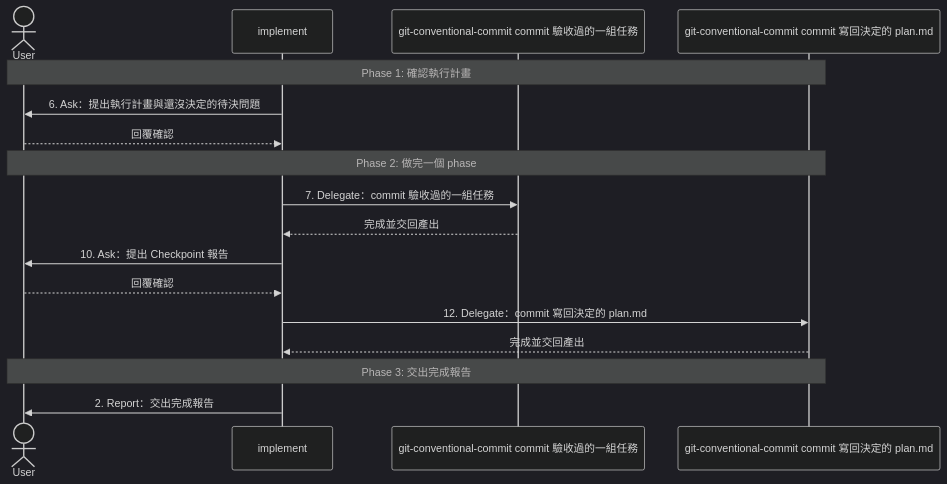
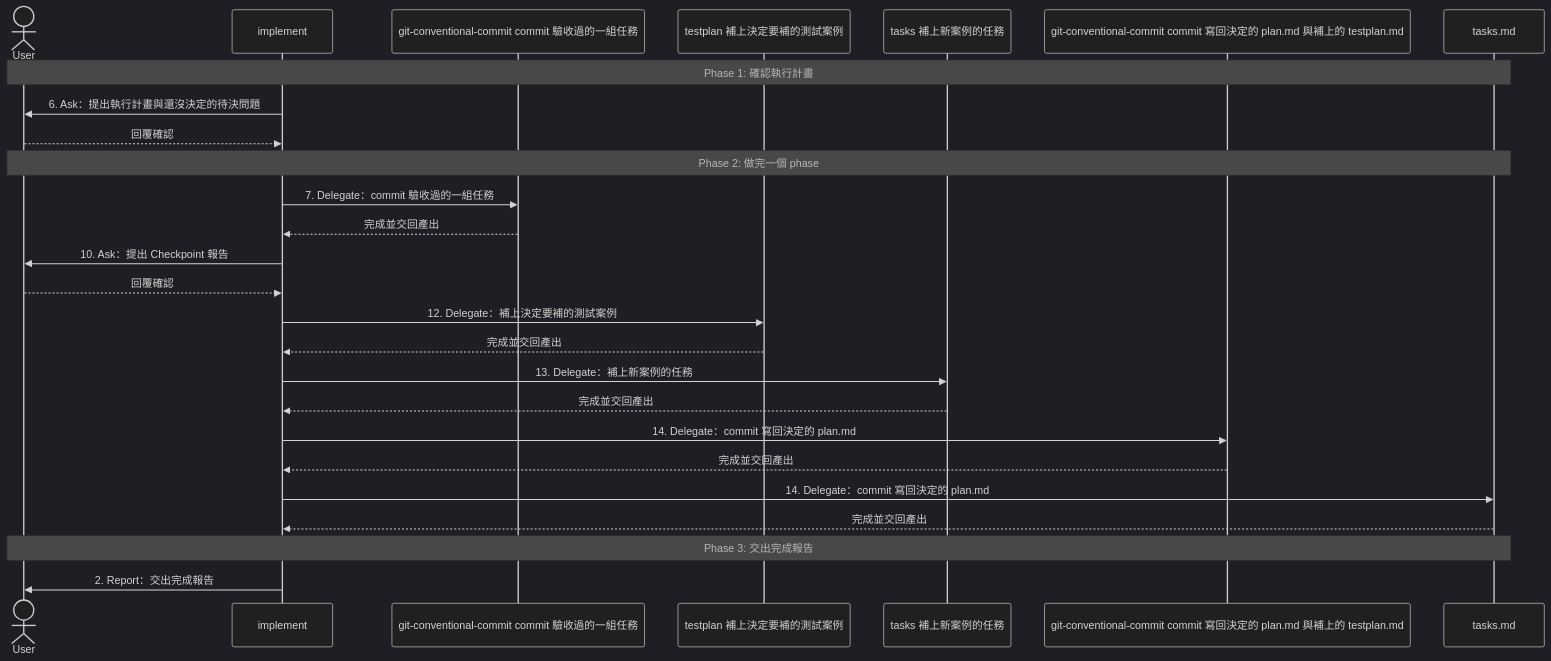
Before and after one commit to AI-x-BDD/BDGG-Dev-Skills: the second of 2 diagrams in .claude/skills/implement/SKILL.md, drawn with Mermaid (dark theme). The commit also changed other lines of this file and 5 other files, not shown here.

First line of the commit message:
feat(tasks,implement): implement 中途補案例時回到 testplan 與 tasks,既有編號不動

````diff
--- a/.claude/skills/implement/SKILL.md
+++ b/.claude/skills/implement/SKILL.md
@@ -118,19 +127,28 @@
 ```mermaid
 sequenceDiagram
     actor User
     participant Main as implement
     participant Sub_1 as git-conventional-commit commit 驗收過的一組任務
-    participant Sub_2 as git-conventional-commit commit 寫回決定的 plan.md
-    Note over User,Sub_2: Phase 1: 確認執行計畫
+    participant Sub_2 as testplan 補上決定要補的測試案例
+    participant Sub_3 as tasks 補上新案例的任務
+    participant Sub_4 as git-conventional-commit commit 寫回決定的 plan.md 與補上的 testplan.md
+    participant Sub_5 as tasks.md
+    Note over User,Sub_5: Phase 1: 確認執行計畫
     Main->>User: 6. Ask：提出執行計畫與還沒決定的待決問題
     User-->>Main: 回覆確認
-    Note over User,Sub_2: Phase 2: 做完一個 phase
+    Note over User,Sub_5: Phase 2: 做完一個 phase
     Main->>Sub_1: 7. Delegate：commit 驗收過的一組任務
     Sub_1-->>Main: 完成並交回產出
     Main->>User: 10. Ask：提出 Checkpoint 報告
     User-->>Main: 回覆確認
-    Main->>Sub_2: 12. Delegate：commit 寫回決定的 plan.md
+    Main->>Sub_2: 12. Delegate：補上決定要補的測試案例
     Sub_2-->>Main: 完成並交回產出
-    Note over User,Sub_2: Phase 3: 交出完成報告
+    Main->>Sub_3: 13. Delegate：補上新案例的任務
+    Sub_3-->>Main: 完成並交回產出
+    Main->>Sub_4: 14. Delegate：commit 寫回決定的 plan.md
+    Sub_4-->>Main: 完成並交回產出
+    Main->>Sub_5: 14. Delegate：commit 寫回決定的 plan.md
+    Sub_5-->>Main: 完成並交回產出
+    Note over User,Sub_5: Phase 3: 交出完成報告
     Main->>User: 2. Report：交出完成報告
 ```
````
